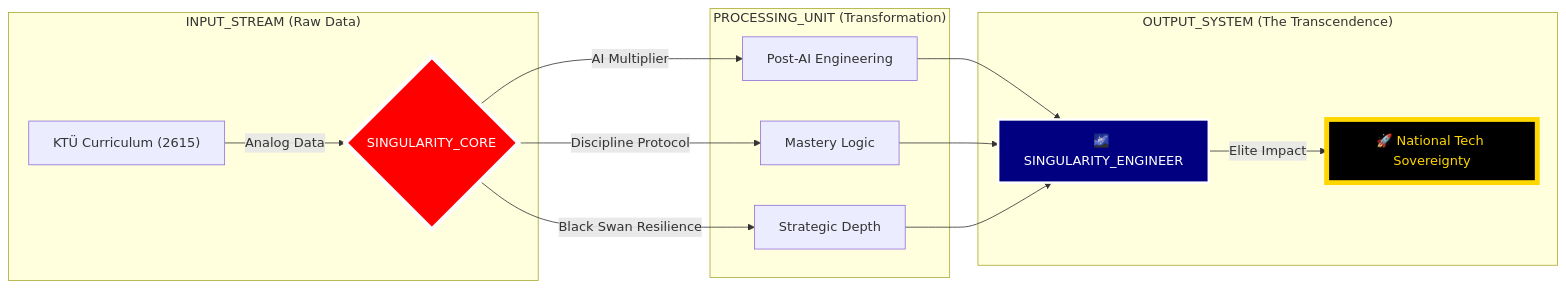
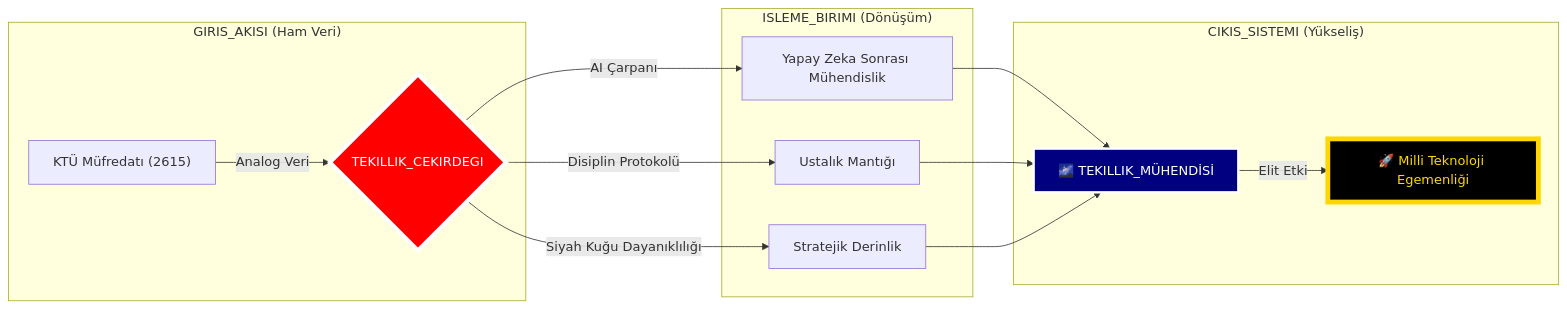
One commit to bahattinyunus/ktu-software-engineering changed the diagram in README.md. Above: the diagram before and after it, drawn with Mermaid. The commit also changed other lines of this file and 29 other files, not shown here.

````diff
--- a/README.md
+++ b/README.md
@@ -23,23 +40,23 @@
 ```mermaid
 graph LR
-    subgraph "INPUT_STREAM (Raw Data)"
-        A["KTÜ Curriculum (2615)"] -- "Analog Data" --> B{SINGULARITY_CORE}
+    subgraph "GIRIS_AKISI (Ham Veri)"
+        A["KTÜ Müfredatı (2615)"] -- "Analog Veri" --> B{TEKILLIK_CEKIRDEGI}
     end
 
-    subgraph "PROCESSING_UNIT (Transformation)"
-        B -- "AI Multiplier" --> C["Post-AI Engineering"]
-        B -- "Discipline Protocol" --> D["Mastery Logic"]
-        B -- "Black Swan Resilience" --> E["Strategic Depth"]
+    subgraph "ISLEME_BIRIMI (Dönüşüm)"
+        B -- "AI Çarpanı" --> C["Yapay Zeka Sonrası Mühendislik"]
+        B -- "Disiplin Protokolü" --> D["Ustalık Mantığı"]
+        B -- "Siyah Kuğu Dayanıklılığı" --> E["Stratejik Derinlik"]
     end
 
-    subgraph "OUTPUT_SYSTEM (The Transcendence)"
-        C --> F["🌌 SINGULARITY_ENGINEER"]
+    subgraph "CIKIS_SISTEMI (Yükseliş)"
+        C --> F["🌌 TEKILLIK_MÜHENDİSİ"]
         D --> F
         E --> F
-        F -- "Elite Impact" --> G["🚀 National Tech Sovereignty"]
+        F -- "Elit Etki" --> G["🚀 Milli Teknoloji Egemenliği"]
     end
 
     style B fill:#ff0000,stroke:#fff,stroke-width:5px,color:#fff
     style G fill:#000,stroke:#FFD700,stroke-width:6px,color:#FFD700
     style F fill:#000080,stroke:#fff,stroke-width:3px,color:#fff
 ```
````
